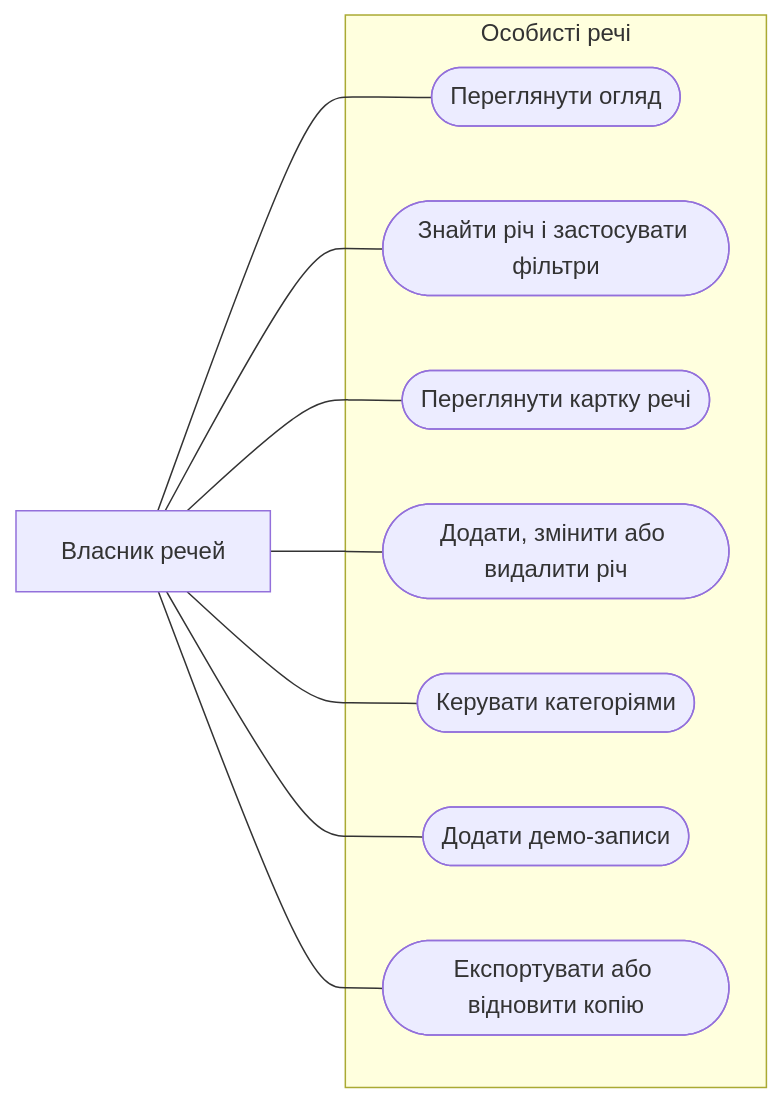
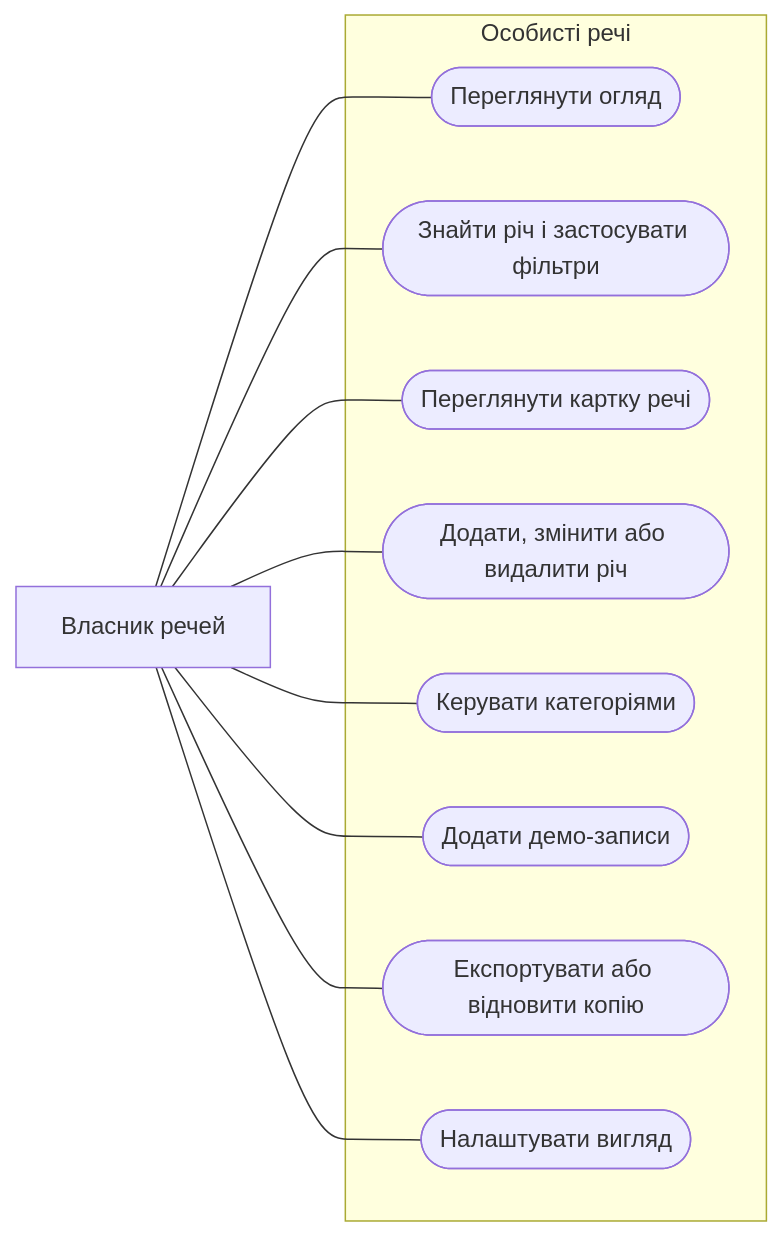
The diagram in docs/requirements.md (Sh1kami/Kursovoj), drawn with Mermaid before and after one commit. The commit also changed other lines of this file and 15 other files, not shown here.

````diff
--- a/docs/requirements.md
+++ b/docs/requirements.md
@@ -24,20 +25,22 @@
 ```mermaid
 flowchart LR
   User["Власник речей"]
   subgraph App["Особисті речі"]
     Overview(["Переглянути огляд"])
     Find(["Знайти річ і застосувати фільтри"])
     Details(["Переглянути картку речі"])
     Manage(["Додати, змінити або видалити річ"])
     Category(["Керувати категоріями"])
     Demo(["Додати демо-записи"])
     Backup(["Експортувати або відновити копію"])
+    Theme(["Налаштувати вигляд"])
   end
   User --- Overview
   User --- Find
   User --- Details
   User --- Manage
   User --- Category
   User --- Demo
   User --- Backup
+  User --- Theme
 ```
````
